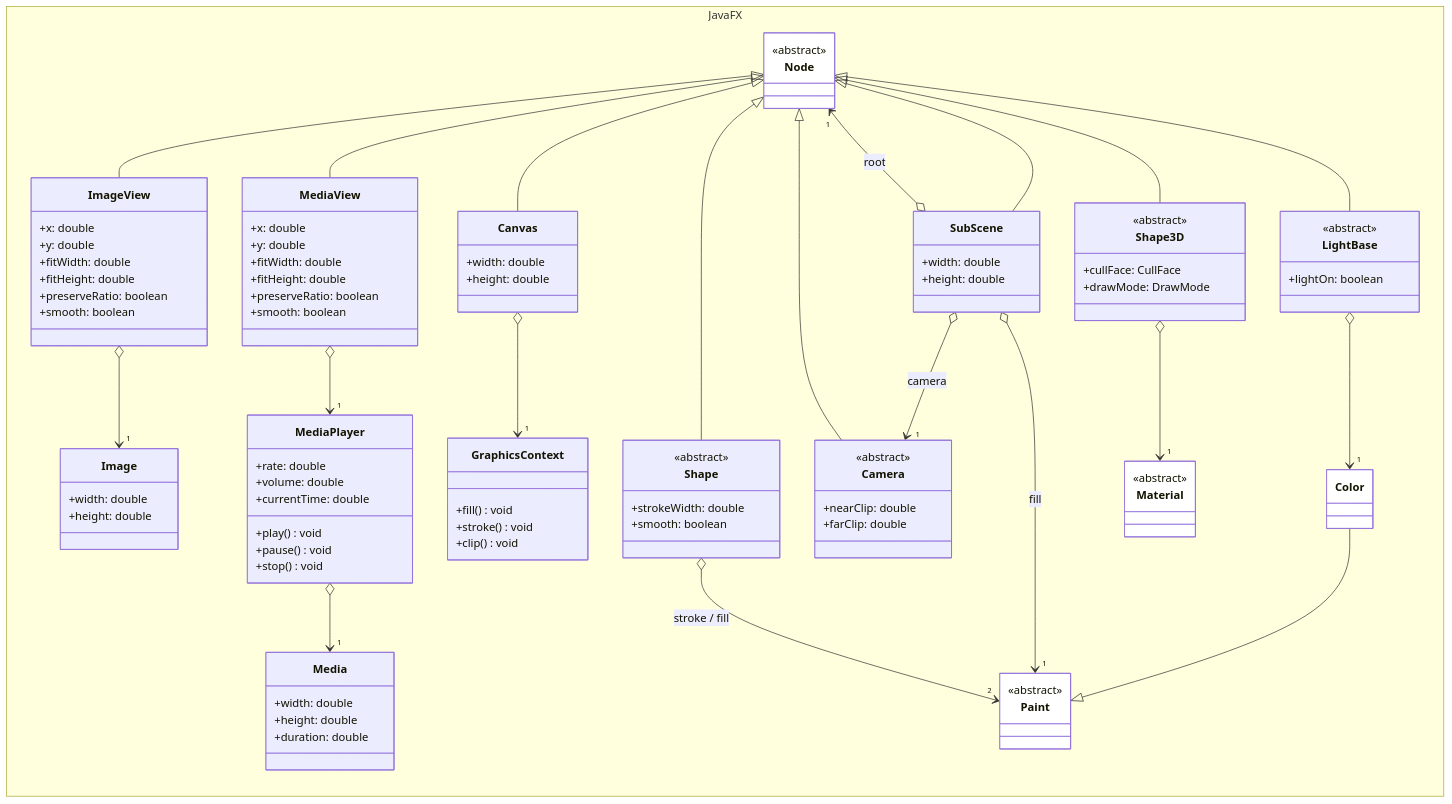
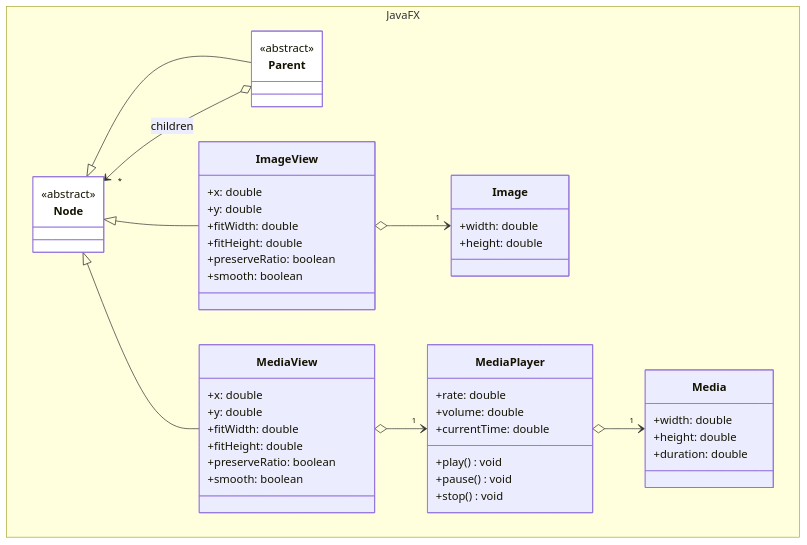
Before and after one commit to ghackenberg/kurs-java-programmierung: the diagram in Grafiken/JavaFX/Node.mmd, drawn with Mermaid. The commit also changed 82 other files, not shown here.

```diff
--- a/Grafiken/JavaFX/Node.mmd
+++ b/Grafiken/JavaFX/Node.mmd
@@ -1,141 +1,67 @@
 classDiagram
-
-    direction LR
 
     namespace JavaFX {
         
         class Node {
+            <<abstract>>
+        }
+
+        class Parent {
             <<abstract>>
         }
 
         class ImageView {
             +x: double
             +y: double
             +fitWidth: double
             +fitHeight: double
             +preserveRatio: boolean
             +smooth: boolean
         }
 
         class MediaView {
             +x: double
             +y: double
             +fitWidth: double
             +fitHeight: double
             +preserveRatio: boolean
             +smooth: boolean
-        }
-
-        class Canvas {
-            +width: double
-            +height: double
-        }
-
-        class GraphicsContext {
-            +fill() void
-            +stroke() void
-            +clip() void
         }
 
         class Image {
             +width: double
             +height: double
         }
 
         class MediaPlayer {
             +rate: double
             +volume: double
             +currentTime: double
             +play() void
             +pause() void
             +stop() void
         }
 
         class Media {
             +width: double
             +height: double
             +duration: double
         }
 
-        class SubScene {
-            +width: double
-            +height: double
-        }
+    }
 
-        class Shape {
-            <<abstract>>
-            +strokeWidth: double
-            +smooth: boolean
-        }
-
-        class Shape3D {
-            <<abstract>>
-            +cullFace: CullFace
-            +drawMode: DrawMode
-        }
-
-        class Camera {
-            <<abstract>>
-            +nearClip: double
-            +farClip: double
-        }
-
-        class Paint {
-            <<abstract>>
-        }
-
-        class Material {
-            <<abstract>>
-        }
-
-        class LightBase {
-            <<abstract>>
-            +lightOn: boolean
-        }
-
-        class Color {
-            
-        }
-
-    }
+    Node <|-- Parent
+    Node "*"<--o Parent: children
 
     Node <|-- ImageView
 
     Node <|-- MediaView
-
-    Node <|-- Canvas
-
-    Canvas o-->"1" GraphicsContext
 
     ImageView o-->"1" Image
 
     MediaView o-->"1" MediaPlayer
 
     MediaPlayer o-->"1" Media
-    
-    Node <|-- Shape
-
-    Shape o-->"2" Paint: stroke / fill
-
-    SubScene o-->"1" Camera: camera
-    SubScene o-->"1" Paint: fill
-
-    Node <|-- Camera
-
-    Node "1"<--o SubScene: root
-    Node <|-- SubScene
-
-    Node <|-- Shape3D
-
-    Shape3D o-->"1" Material
-
-    Node <|-- LightBase
-
-    LightBase o-->"1" Color
-
-    Color --|> Paint
 
     style Node fill:white
-    style Paint fill:white
-    style Color fill:white
-    style Material fill:white
+    style Parent fill:white
```
